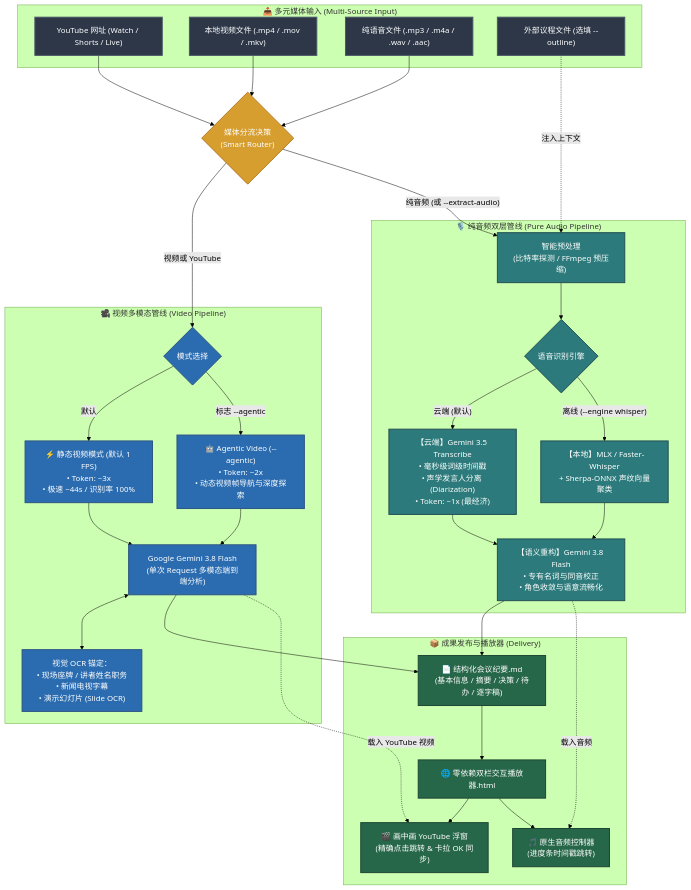
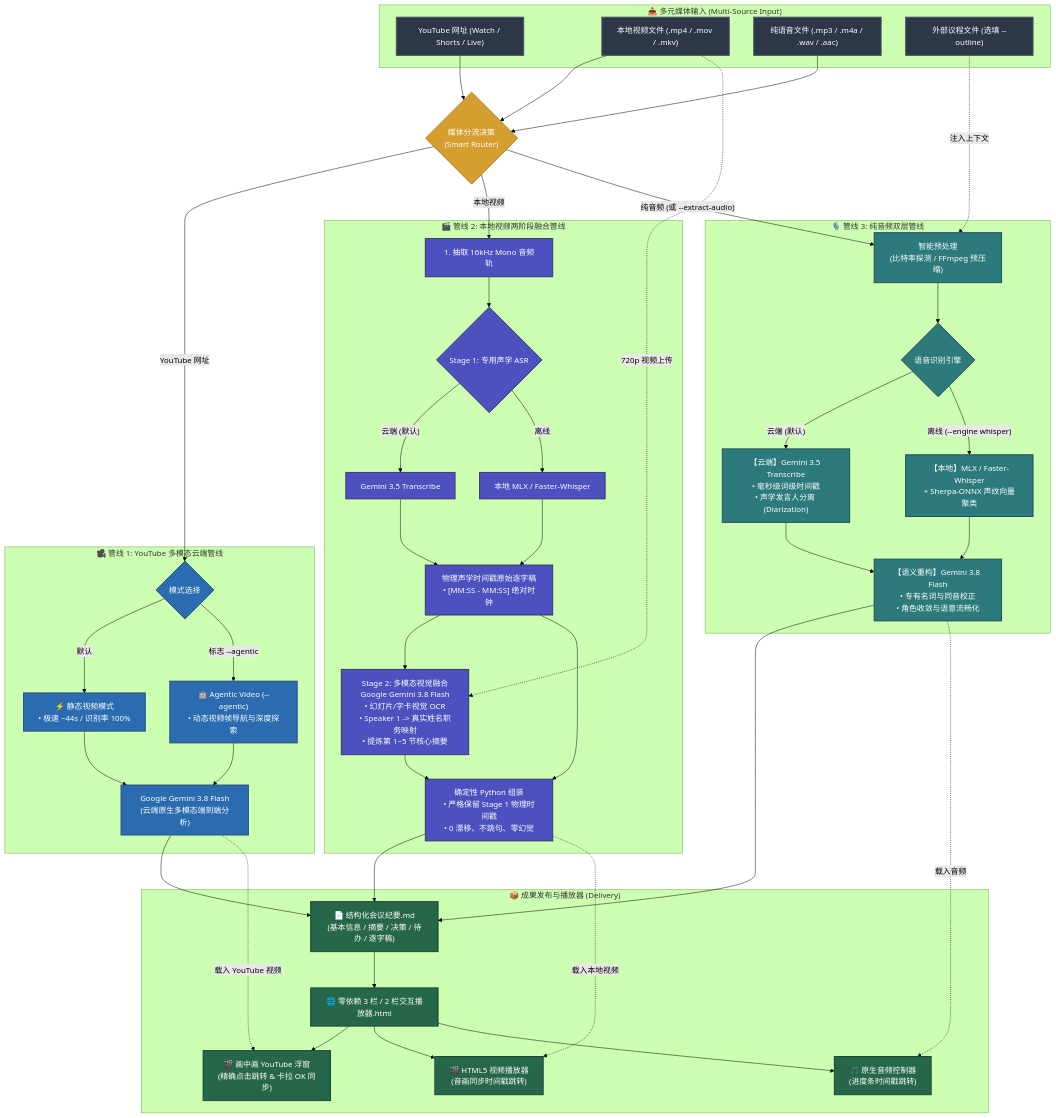
The diagram in README.zh-CN.md (sylphlin/meeting-transcribe-agent), drawn with Mermaid (forest theme) before and after one commit. The commit also changed other lines of this file and 11 other files, not shown here.

Commit message:
feat: implement two-stage fusion pipeline for local video transcription

````diff
--- a/README.zh-CN.md
+++ b/README.zh-CN.md
@@ -127,6 +132,7 @@
     classDef inputStyle fill:#2D3748,stroke:#4A5568,stroke-width:2px,color:#fff;
     classDef routerStyle fill:#D69E2E,stroke:#B7791F,stroke-width:2px,color:#fff;
     classDef videoStyle fill:#2B6CB0,stroke:#2C5282,stroke-width:2px,color:#fff;
+    classDef fusionStyle fill:#4C51BF,stroke:#3C366B,stroke-width:2px,color:#fff;
     classDef audioStyle fill:#2C7A7B,stroke:#234E52,stroke-width:2px,color:#fff;
     classDef outputStyle fill:#276749,stroke:#1C4532,stroke-width:2px,color:#fff;
 
@@ -143,22 +149,40 @@
     V --> Router
     A --> Router
 
-    subgraph VideoTrack["🎥 视频多模态管线 (Video Pipeline)"]
-        VMode{"模式选择"}:::videoStyle
-        Static["⚡ 静态视频模式 (默认 1 FPS)<br>• Token: ~3x<br>• 极速 ~44s / 识别率 100%"]:::videoStyle
-        Agentic["🤖 Agentic Video (--agentic)<br>• Token: ~2x<br>• 动态视频帧导航与深度探索"]:::videoStyle
-        GeminiFlash["Google Gemini 3.8 Flash<br>(单次 Request 多模态端到端分析)"]:::videoStyle
-        VisionOCR["视觉 OCR 锚定：<br>• 现场座牌 / 讲者姓名职务<br>• 新闻电视字幕<br>• 演示幻灯片 (Slide OCR)"]:::videoStyle
+    subgraph YouTubeTrack["🎥 管线 1: YouTube 多模态云端管线"]
+        YMode{"模式选择"}:::videoStyle
+        Static["⚡ 静态视频模式<br>• 极速 ~44s / 识别率 100%"]:::videoStyle
+        Agentic["🤖 Agentic Video (--agentic)<br>• 动态视频帧导航与深度探索"]:::videoStyle
+        GeminiFlash["Google Gemini 3.8 Flash<br>(云端原生多模态端到端分析)"]:::videoStyle
 
-        VMode -- "默认" --> Static --> GeminiFlash
-        VMode -- "标志 --agentic" --> Agentic --> GeminiFlash
-        GeminiFlash <--> VisionOCR
+        YMode -- "默认" --> Static --> GeminiFlash
+        YMode -- "标志 --agentic" --> Agentic --> GeminiFlash
     end
 
-    subgraph AudioTrack["🎙️ 纯音频双层管线 (Pure Audio Pipeline)"]
+    subgraph LocalVideoTrack["🎬 管线 2: 本地视频两阶段融合管线"]
+        ExtractAudio["1. 抽取 16kHz Mono 音频轨"]:::fusionStyle
+        VideoASR{"Stage 1: 专用声学 ASR"}:::fusionStyle
+        ASR_Gemini["Gemini 3.5 Transcribe"]:::fusionStyle
+        ASR_Whisper["本地 MLX / Faster-Whisper"]:::fusionStyle
+        RawTranscript["物理声学时间戳原始逐字稿<br>• [MM:SS - MM:SS] 绝对时钟"]:::fusionStyle
+        
+        ExtractAudio --> VideoASR
+        VideoASR -- "云端 (默认)" --> ASR_Gemini --> RawTranscript
+        VideoASR -- "离线" --> ASR_Whisper --> RawTranscript
+
+        Stage2["Stage 2: 多模态视觉融合<br>Google Gemini 3.8 Flash<br>• 幻灯片/字卡视觉 OCR<br>• Speaker 1 -> 真实姓名职务映射<br>• 提炼第 1~5 节核心摘要"]:::fusionStyle
+        RawTranscript --> Stage2
+        V -. "720p 视频上传" .-> Stage2
+
+        Deterministic["确定性 Python 组装<br>• 严格保留 Stage 1 物理时间戳<br>• 0 漂移、不跳句、零幻觉"]:::fusionStyle
+        Stage2 --> Deterministic
+        RawTranscript --> Deterministic
+    end
+
+    subgraph AudioTrack["🎙️ 管线 3: 纯音频双层管线"]
         Ingest["智能预处理<br>(比特率探测 / FFmpeg 预压缩)"]:::audioStyle
         ASREngine{"语音识别引擎"}:::audioStyle
-        GTranscribe["【云端】Gemini 3.5 Transcribe<br>• 毫秒级词级时间戳<br>• 声学发言人分离 (Diarization)<br>• Token: ~1x (最经济)"]:::audioStyle
+        GTranscribe["【云端】Gemini 3.5 Transcribe<br>• 毫秒级词级时间戳<br>• 声学发言人分离 (Diarization)"]:::audioStyle
         OfflineWhisper["【本地】MLX / Faster-Whisper<br>+ Sherpa-ONNX 声纹向量聚类"]:::audioStyle
         Restructure["【语义重构】Gemini 3.8 Flash<br>• 专有名词与同音校正<br>• 角色收敛与语意流畅化"]:::audioStyle
 
@@ -168,22 +192,27 @@
         O -. 注入上下文 .-> Ingest
     end
 
-    Router -- "视频或 YouTube" --> VMode
+    Router -- "YouTube 网址" --> YMode
+    Router -- "本地视频" --> ExtractAudio
     Router -- "纯音频 (或 --extract-audio)" --> Ingest
 
     subgraph Delivery["📦 成果发布与播放器 (Delivery)"]
         MD["📄 结构化会议纪要.md<br>(基本信息 / 摘要 / 决策 / 待办 / 逐字稿)"]:::outputStyle
-        HTML["🌐 零依赖双栏交互播放器.html"]:::outputStyle
+        HTML["🌐 零依赖 3 栏 / 2 栏交互播放器.html"]:::outputStyle
         YTDock["🎬 画中画 YouTube 浮窗<br>(精确点击跳转 & 卡拉 OK 同步)"]:::outputStyle
+        VPlayer["🎬 HTML5 视频播放器<br>(音画同步时间戳跳转)"]:::outputStyle
         AudioPlayer["🎵 原生音频控制器<br>(进度条时间戳跳转)"]:::outputStyle
 
         MD --> HTML
         HTML --> YTDock
+        HTML --> VPlayer
         HTML --> AudioPlayer
     end
 
     GeminiFlash --> MD
     GeminiFlash -. 载入 YouTube 视频 .-> YTDock
+    Deterministic --> MD
+    Deterministic -. 载入本地视频 .-> VPlayer
     Restructure --> MD
     Restructure -. 载入音频 .-> AudioPlayer
 ```
````
